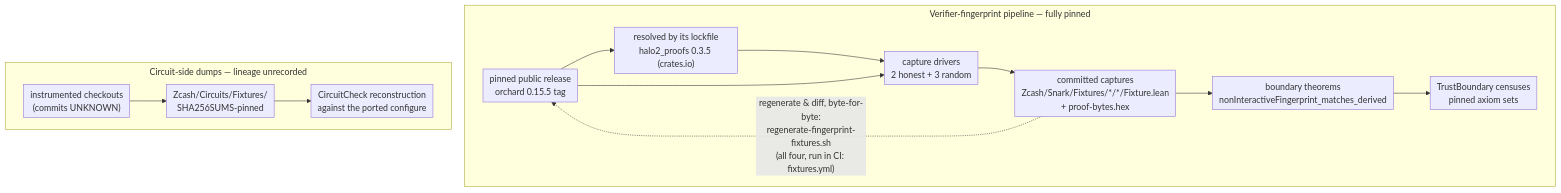
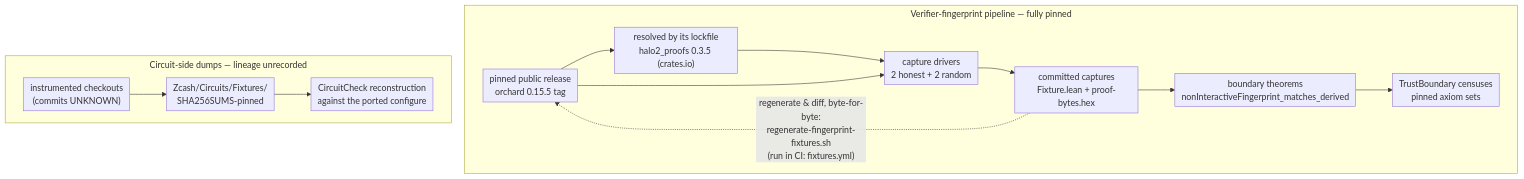
Before and after one commit to daira/ironwood: the diagram in book/src/formal-verification/trust-boundary.md, drawn with Mermaid. The commit also changed other lines of this file, not shown here.

````diff
--- a/book/src/formal-verification/trust-boundary.md
+++ b/book/src/formal-verification/trust-boundary.md
@@ -151,22 +285,22 @@
 ```mermaid
 %%{init: {"flowchart": {"nodeSpacing": 24, "rankSpacing": 42, "padding": 6, "diagramPadding": 4, "subGraphTitleMargin": {"top": 4, "bottom": 14}}, "themeCSS": ".cluster-label { font-weight: 700; font-family: raleway, sans-serif; }"}}%%
 flowchart TD
   subgraph FP["Verifier-fingerprint pipeline — fully pinned"]
     PINS["pinned public release<br/>orchard 0.15.5 tag"]
     CRATE["resolved by its lockfile<br/>halo2_proofs 0.3.5 (crates.io)"]
-    DRIVERS["capture drivers<br/>2 honest + 3 random"]
-    FIX["committed captures<br/>Zcash/Snark/Fixtures/*/*/Fixture.lean<br/>+ proof-bytes.hex"]
+    DRIVERS["capture drivers<br/>2 honest + 2 random"]
+    FIX["committed captures<br/>Fixture.lean + proof-bytes.hex"]
     THM["boundary theorems<br/>nonInteractiveFingerprint_matches_derived"]
     CENSUS["TrustBoundary censuses<br/>pinned axiom sets"]
     PINS --> CRATE --> DRIVERS
     PINS --> DRIVERS
     DRIVERS --> FIX --> THM --> CENSUS
-    FIX -. "regenerate &amp; diff, byte-for-byte:<br/>regenerate-fingerprint-fixtures.sh<br/>(all four, run in CI: fixtures.yml)" .-> PINS
+    FIX -. "regenerate &amp; diff, byte-for-byte:<br/>regenerate-fingerprint-fixtures.sh<br/>(run in CI: fixtures.yml)" .-> PINS
   end
   subgraph CS["Circuit-side dumps — lineage unrecorded"]
     INST["instrumented checkouts<br/>(commits UNKNOWN)"]
     DUMPS["Zcash/Circuits/Fixtures/<br/>SHA256SUMS-pinned"]
     CHECK["CircuitCheck reconstruction<br/>against the ported configure"]
     INST --> DUMPS --> CHECK
   end
 ```
````
